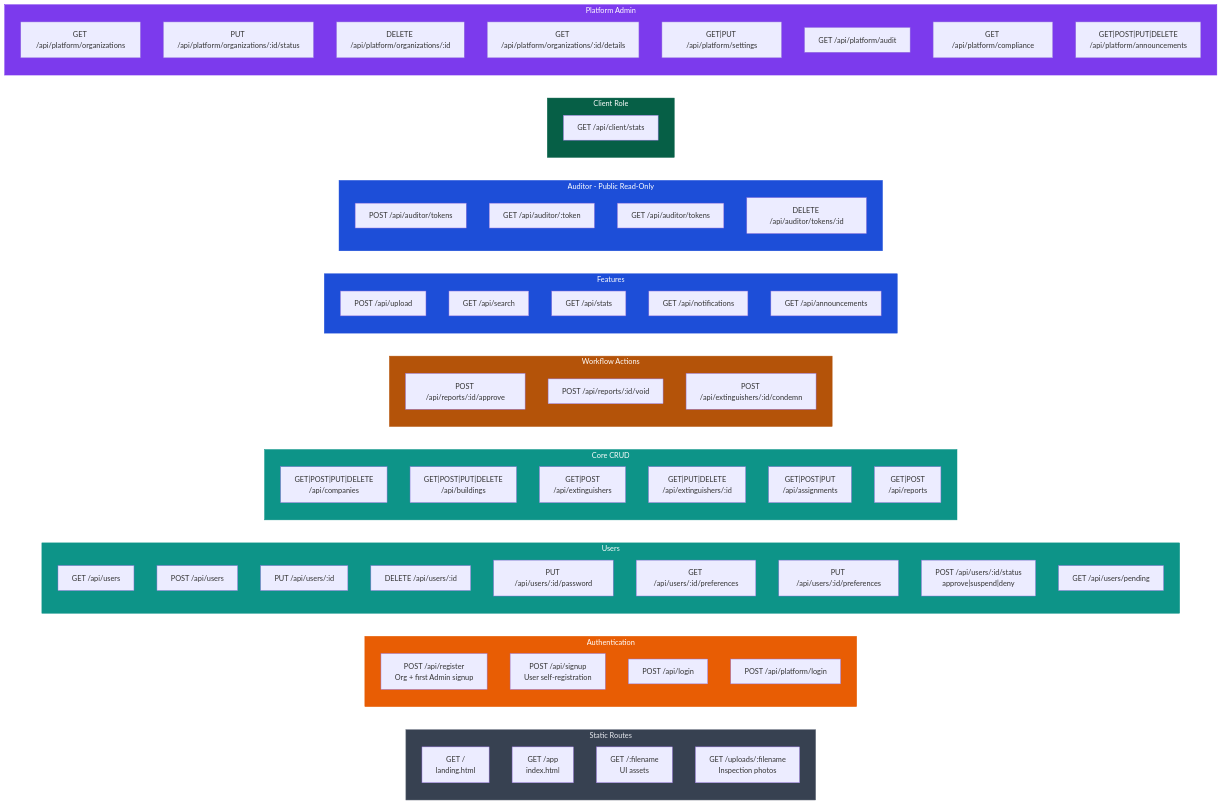
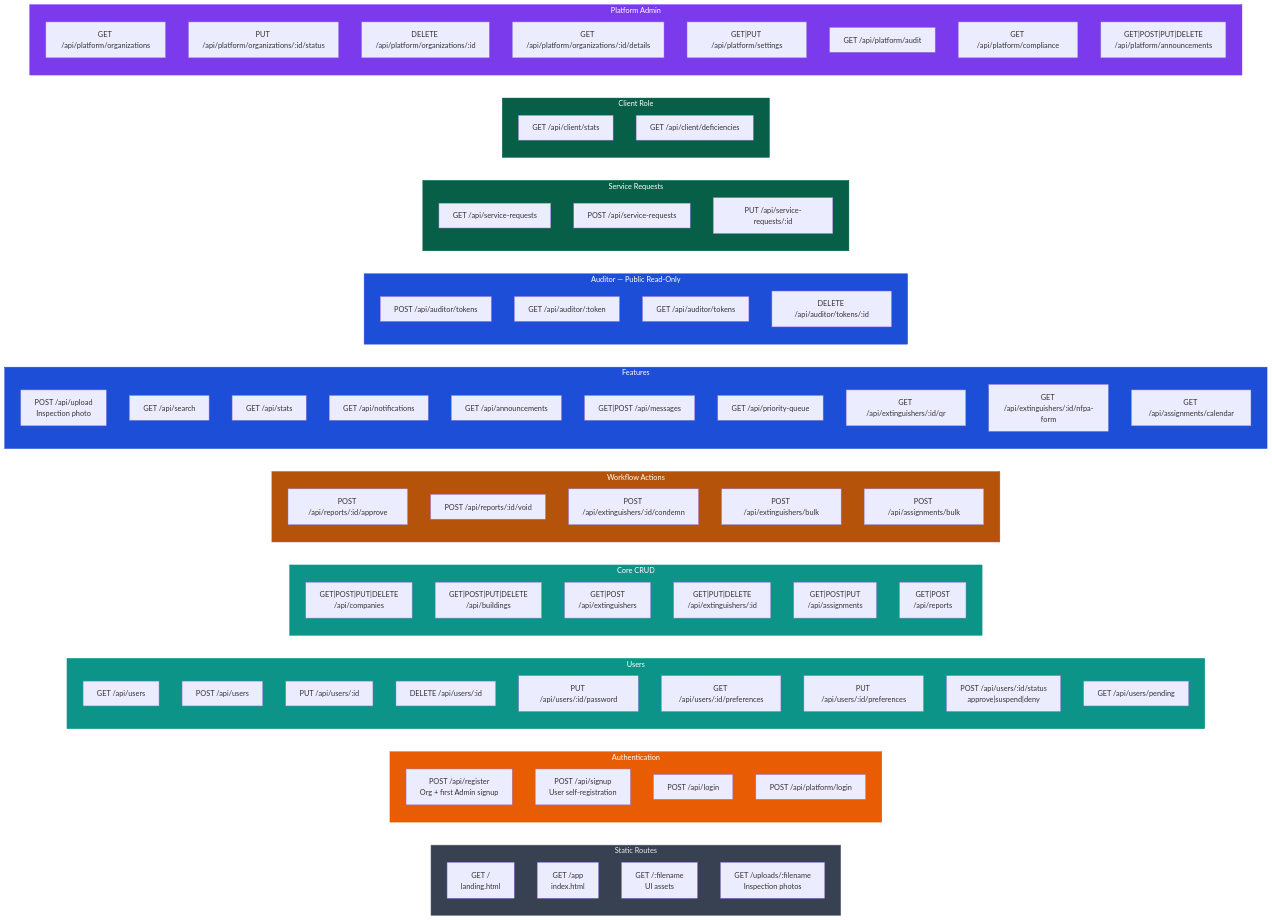
Before and after one commit to Juniusketter/Fire-Watch-App: the fifth of 6 diagrams in docs/erd/FireWatch_UML_Diagrams.md, drawn with Mermaid. The commit also changed other lines of this file and 49 other files, not shown here.

````diff
--- a/docs/erd/FireWatch_UML_Diagrams.md
+++ b/docs/erd/FireWatch_UML_Diagrams.md
@@ -516,25 +618,39 @@
     POST_approve["POST /api/reports/:id/approve"]
     POST_void["POST /api/reports/:id/void"]
     POST_condemn["POST /api/extinguishers/:id/condemn"]
+    POST_bulk_import["POST /api/extinguishers/bulk"]
+    POST_bulk_assign["POST /api/assignments/bulk"]
   end
 
   subgraph Features["Features"]
-    POST_upload["POST /api/upload"]
+    POST_upload["POST /api/upload\nInspection photo"]
     GET_search["GET /api/search"]
     GET_stats["GET /api/stats"]
     GET_notifs["GET /api/notifications"]
     GET_ann["GET /api/announcements"]
+    GET_msgs["GET|POST /api/messages"]
+    GET_priority["GET /api/priority-queue"]
+    GET_qr["GET /api/extinguishers/:id/qr"]
+    GET_nfpa["GET /api/extinguishers/:id/nfpa-form"]
+    GET_calendar["GET /api/assignments/calendar"]
   end
 
-  subgraph Auditor["Auditor - Public Read-Only"]
+  subgraph Auditor["Auditor — Public Read-Only"]
     POST_tok["POST /api/auditor/tokens"]
     GET_tok["GET /api/auditor/:token"]
     GET_toks["GET /api/auditor/tokens"]
     DEL_tok["DELETE /api/auditor/tokens/:id"]
   end
 
+  subgraph ServiceReq["Service Requests"]
+    GET_sr["GET /api/service-requests"]
+    POST_sr["POST /api/service-requests"]
+    PUT_sr["PUT /api/service-requests/:id"]
+  end
+
   subgraph ClientAPI["Client Role"]
     GET_client["GET /api/client/stats"]
+    GET_deficiencies["GET /api/client/deficiencies"]
   end
 
   subgraph PlatformAPI["Platform Admin"]
@@ -555,6 +671,7 @@
   style Actions fill:#b45309,stroke:#b45309,color:#fff
   style Features fill:#1d4ed8,stroke:#1d4ed8,color:#fff
   style Auditor fill:#1d4ed8,stroke:#1d4ed8,color:#fff
+  style ServiceReq fill:#065f46,stroke:#065f46,color:#fff
   style ClientAPI fill:#065f46,stroke:#065f46,color:#fff
   style PlatformAPI fill:#7c3aed,stroke:#7c3aed,color:#fff
 ```
````
